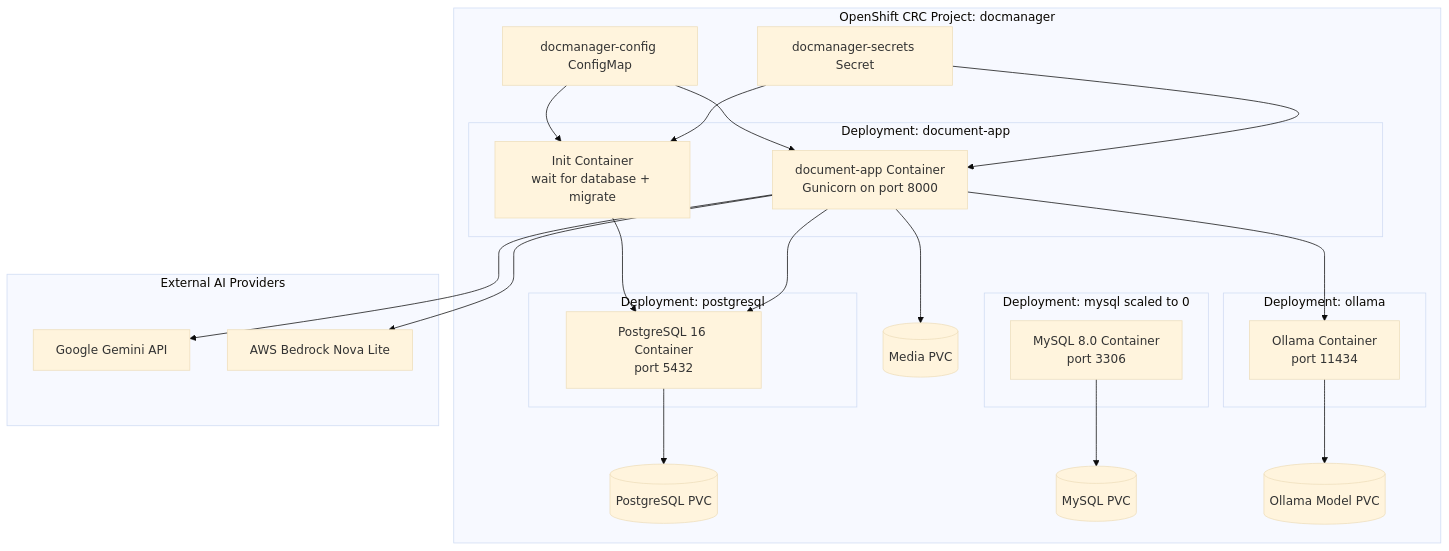
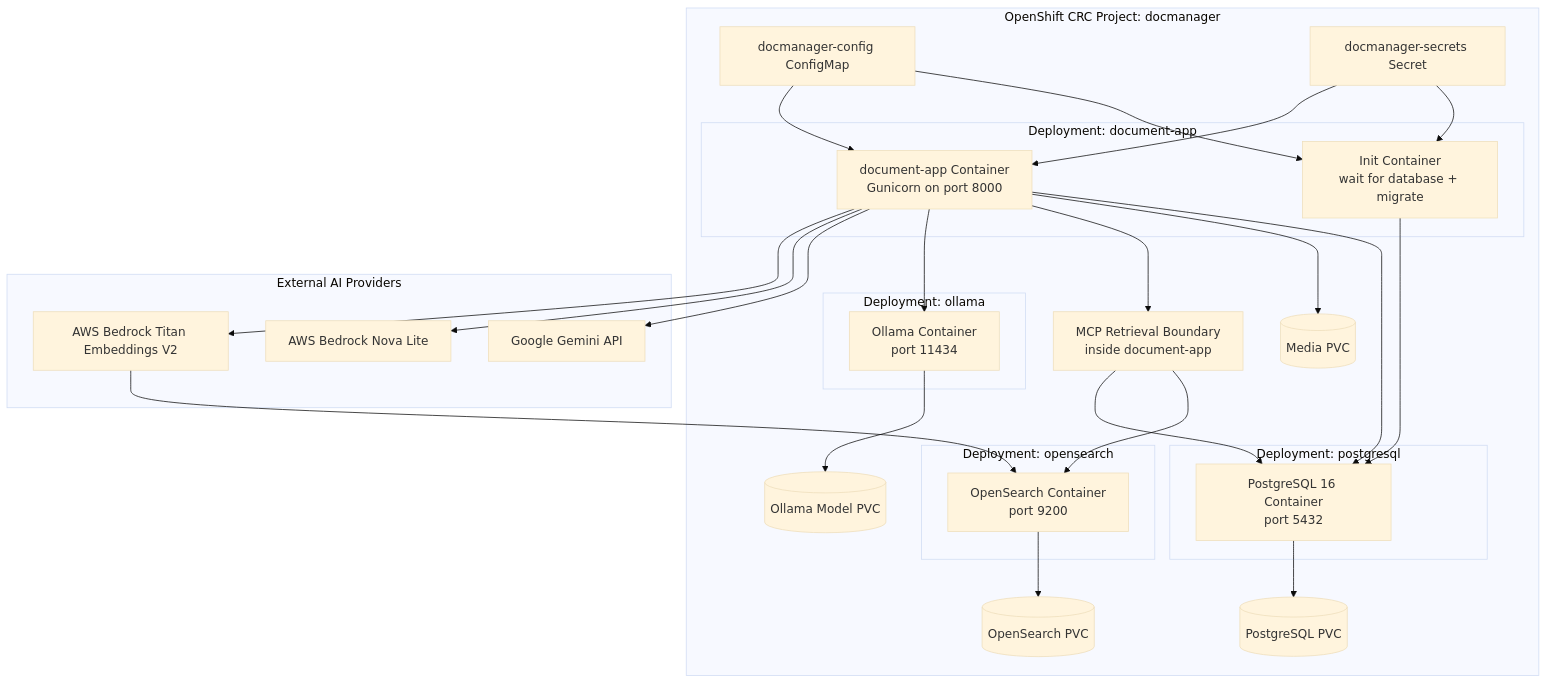
The first of 3 diagrams in docs/deployment.md (khaliqueaws-creator/document-management), drawn with Mermaid (base theme) before and after one commit. The commit also changed other lines of this file and 70 other files, not shown here.

First line of the commit message:
Add MCP retrieval observability

````diff
--- a/docs/deployment.md
+++ b/docs/deployment.md
@@ -9,50 +9,58 @@
 ```mermaid
 flowchart TB
     subgraph OpenShift_CRC[OpenShift CRC Project: docmanager]
         Config[docmanager-config ConfigMap]
         Secret[docmanager-secrets Secret]
 
         subgraph Django_Deployment[Deployment: document-app]
             Init[Init Container\nwait for database + migrate]
             Web[document-app Container\nGunicorn on port 8000]
         end
 
         subgraph Database[Deployment: postgresql]
             DB[PostgreSQL 16 Container\nport 5432]
         end
 
-        subgraph Rollback_DB[Deployment: mysql scaled to 0]
-            MySQL[MySQL 8.0 Container\nport 3306]
-        end
-
         subgraph AI_Local[Deployment: ollama]
             Ollama[Ollama Container\nport 11434]
         end
 
+        subgraph Search[Deployment: opensearch]
+            OpenSearch[OpenSearch Container\nport 9200]
+        end
+
+        MCP[MCP Retrieval Boundary\ninside document-app]
+
         Media[(Media PVC)]
         DBPVC[(PostgreSQL PVC)]
-        MySQLPVC[(MySQL PVC)]
+        SearchPVC[(OpenSearch PVC)]
         ModelPVC[(Ollama Model PVC)]
 
         Config --> Init
         Secret --> Init
         Config --> Web
         Secret --> Web
 
         Init --> DB
         Web --> DB
         Web --> Media
         DB --> DBPVC
-        MySQL --> MySQLPVC
+        Web --> MCP
+        MCP --> OpenSearch
+        MCP --> DB
+        OpenSearch --> SearchPVC
         Ollama --> ModelPVC
         Web --> Ollama
     end
 
     subgraph AI_External[External AI Providers]
         Gemini[Google Gemini API]
         Bedrock[AWS Bedrock Nova Lite]
+        Titan[AWS Bedrock Titan Embeddings V2]
     end
 
     Web --> Gemini
     Web --> Bedrock
+    Web --> Titan
+    Titan --> OpenSearch
 ```
````
